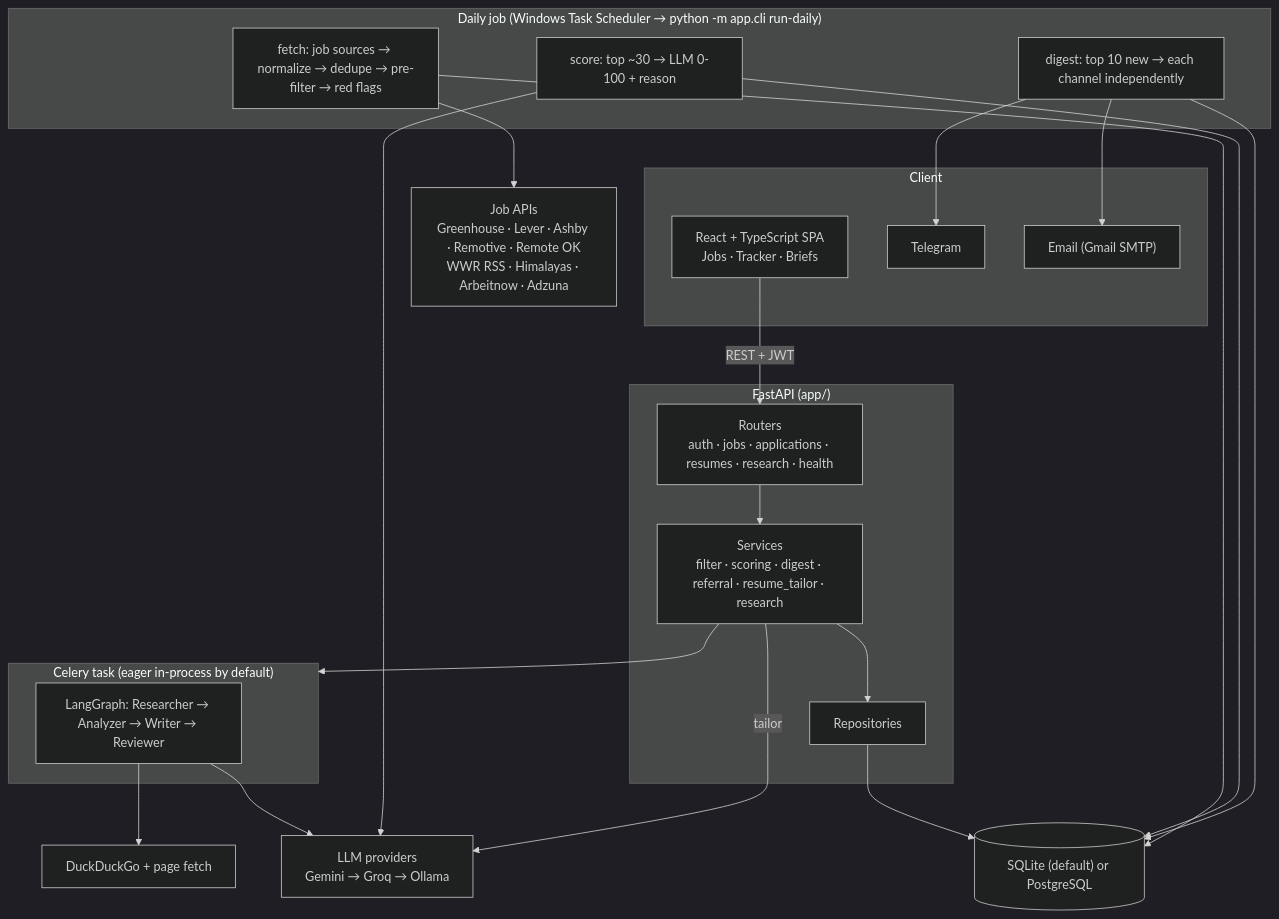
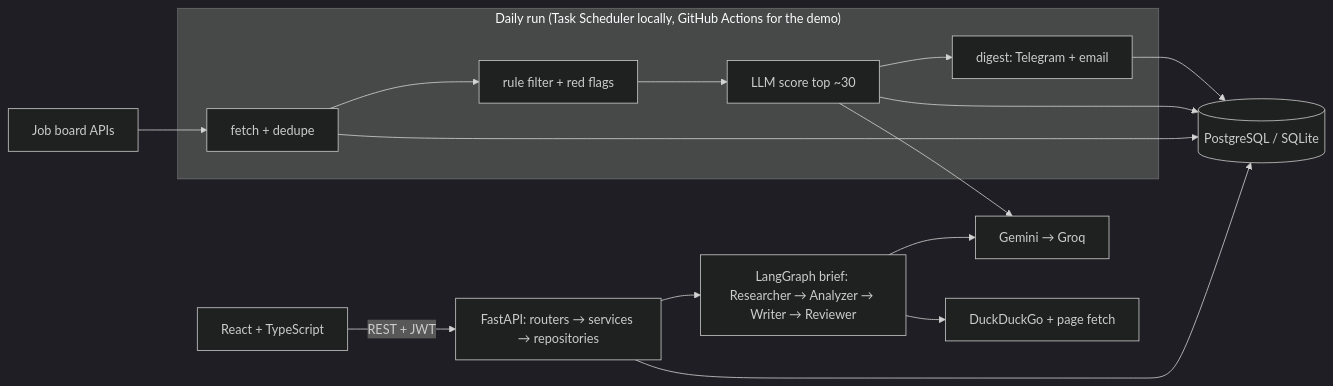
Before and after one commit to SRASHTI2004/RESEARCH-AI: the diagram in README.md, drawn with Mermaid (dark theme). The commit also changed other lines of this file and 1 other file, not shown here.

First line of the commit message:
Rewrite README around the demo and evaluation results; update DECISIONS

````diff
--- a/README.md
+++ b/README.md
@@ -42,40 +45,14 @@
 ```mermaid
-flowchart TB
-    subgraph Client
-        FE["React + TypeScript SPA<br/>Jobs · Tracker · Briefs"]
-        TG["Telegram"]
-        MAIL["Email (Gmail SMTP)"]
+flowchart LR
+    subgraph Daily["Daily run (Task Scheduler locally, GitHub Actions for the demo)"]
+        Fetch["fetch + dedupe"] --> Filter["rule filter + red flags"] --> Score["LLM score top ~30"] --> Digest["digest: Telegram + email"]
     end
-
-    subgraph Daily["Daily job (Windows Task Scheduler → python -m app.cli run-daily)"]
-        Fetch["fetch: job sources → normalize → dedupe → pre-filter → red flags"]
-        Score["score: top ~30 → LLM 0-100 + reason"]
-        Digest["digest: top 10 new → each channel independently"]
-    end
-
-    subgraph API["FastAPI (app/)"]
-        Routers["Routers<br/>auth · jobs · applications · resumes · research · health"]
-        Services["Services<br/>filter · scoring · digest · referral · resume_tailor · research"]
-        Repos["Repositories"]
-    end
-
-    subgraph Worker["Celery task (eager in-process by default)"]
-        Pipeline["LangGraph: Researcher → Analyzer → Writer → Reviewer"]
-    end
-
-    DB[("SQLite (default) or PostgreSQL")]
-    Sources["Job APIs<br/>Greenhouse · Lever · Ashby · Remotive · Remote OK<br/>WWR RSS · Himalayas · Arbeitnow · Adzuna"]
-    LLM["LLM providers<br/>Gemini → Groq → Ollama"]
-    Search["DuckDuckGo + page fetch"]
-
-    FE -->|"REST + JWT"| Routers --> Services --> Repos --> DB
-    Services --> Worker
-    Pipeline --> LLM
-    Pipeline --> Search
-    Fetch --> Sources
-    Score --> LLM
+    Sources["Job board APIs"] --> Fetch
+    Score --> LLM["Gemini → Groq"]
+    UI["React + TypeScript"] -->|"REST + JWT"| API["FastAPI: routers → services → repositories"]
+    API --> DB[("PostgreSQL / SQLite")]
     Fetch & Score & Digest --> DB
-    Digest --> TG
-    Digest --> MAIL
-    Services -->|tailor| LLM
+    API --> Brief["LangGraph brief: Researcher → Analyzer → Writer → Reviewer"]
+    Brief --> LLM
+    Brief --> Web["DuckDuckGo + page fetch"]
 ```
````
